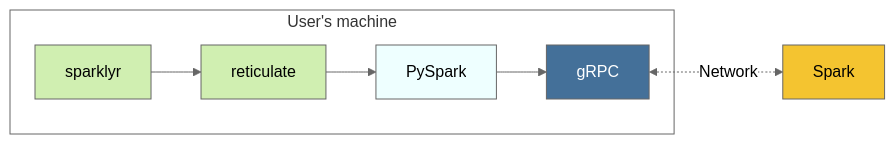
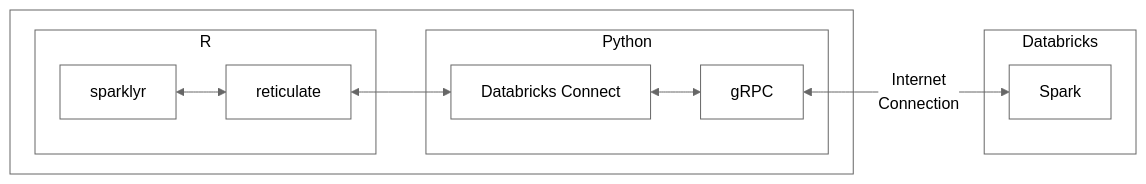
Before and after one commit to rstudio/spark.rstudio.com: the diagram in deployment/spark-connect.qmd, drawn with Mermaid (neutral theme). The commit also changed other lines of this file and 2 other files, not shown here.

````diff
--- a/deployment/spark-connect.qmd
+++ b/deployment/spark-connect.qmd
@@ -54,22 +48,32 @@
 ```{mermaid}
+%%| fig-width: 10
+%%| eval: true
 flowchart LR
-  subgraph lp[User's machine]
-    sr[sparklyr]
-    rt[reticulate]
-    ps[PySpark]
-    g1[gRPC]
+  subgraph lp[test]
+    subgraph r[R]
+      sr[sparklyr]
+      rt[reticulate]
+    end
+    subgraph ps[Python]
+      dc[Databricks Connect]
+      g1[gRPC]
+    end
+  end   
+  subgraph db[Databricks]
+    sp[Spark]   
   end
-  sp[Spark]
+  sr <--> rt
+  rt <--> dc
+  g1 <-- Internet<br>Connection --> sp
+  dc <--> g1
   
-  sr --> rt
-  rt --> ps
-  g1 <-. Network .-> sp
-  ps --> g1
-  
-  style sr  fill:#d0efb1,stroke:#666
-  style rt  fill:#d0efb1,stroke:#666
-  style ps  fill:#eff,stroke:#666
-  style lp  fill:#fff,stroke:#666
-  style sp  fill:#f4c430,stroke:#666
-  style g1  fill:#447099,stroke:#666,color:#fff
+  style r   fill:#fff,stroke:#666,color:#000
+  style sr  fill:#fff,stroke:#666,color:#000
+  style rt  fill:#fff,stroke:#666,color:#000
+  style ps  fill:#fff,stroke:#666,color:#000
+  style lp  fill:#fff,stroke:#666,color:#fff
+  style db  fill:#fff,stroke:#666,color:#000
+  style sp  fill:#fff,stroke:#666,color:#000
+  style g1  fill:#fff,stroke:#666,color:#000
+  style dc  fill:#fff,stroke:#666,color:#000
 ```
````
